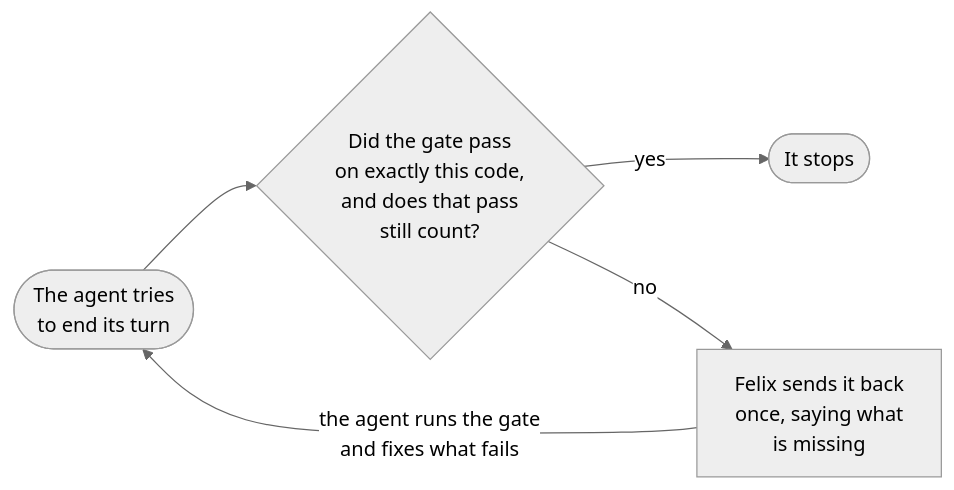
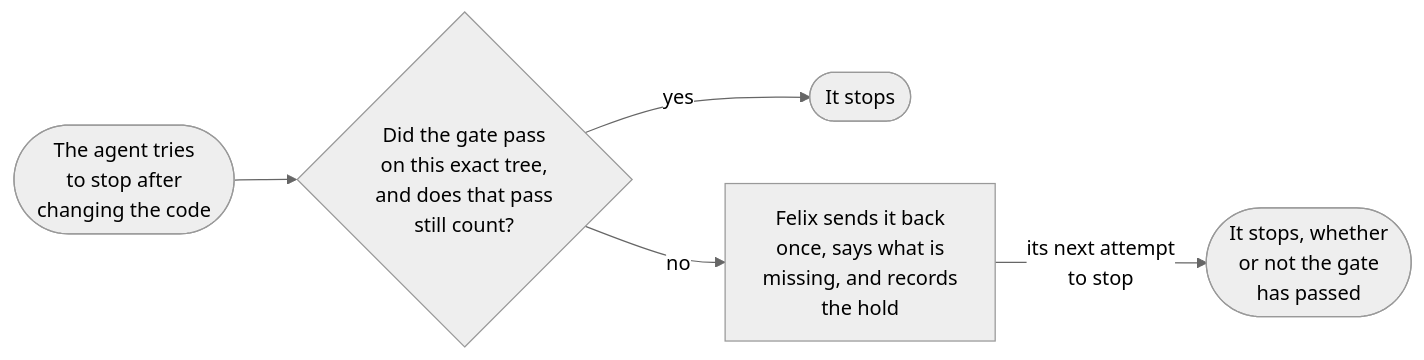
Before and after one commit to LeavesJ/felix-home: the diagram in README.md, drawn with Mermaid (neutral theme). The commit also changed other lines of this file, not shown here.

````diff
--- a/README.md
+++ b/README.md
@@ -53,7 +69,7 @@
 ```mermaid
 flowchart LR
-    A([The agent tries<br/>to end its turn]) --> B{Did the gate pass<br/>on exactly this code,<br/>and does that pass<br/>still count?}
+    A([The agent tries<br/>to stop after<br/>changing the code]) --> B{Did the gate pass<br/>on this exact tree,<br/>and does that pass<br/>still count?}
     B -- yes --> C([It stops])
-    B -- no --> D[Felix sends it back<br/>once, saying what<br/>is missing]
-    D -- the agent runs the gate<br/>and fixes what fails --> A
+    B -- no --> D[Felix sends it back<br/>once, says what is<br/>missing, and records<br/>the hold]
+    D -- its next attempt<br/>to stop --> E([It stops, whether<br/>or not the gate<br/>has passed])
 ```
````
